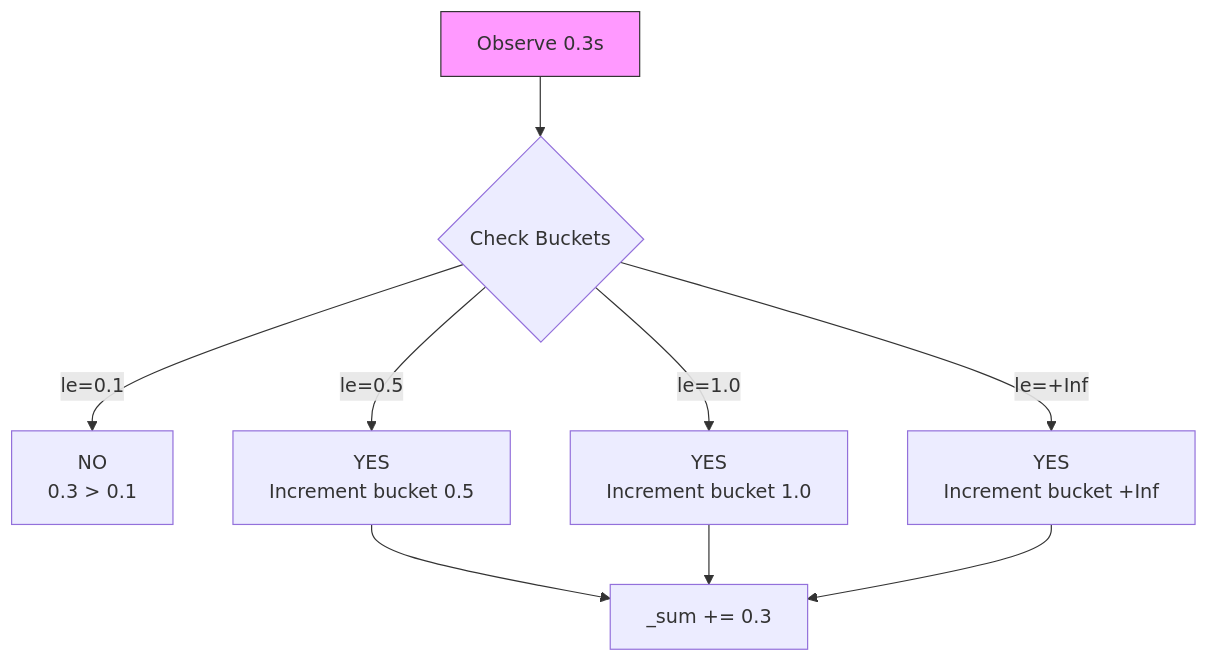
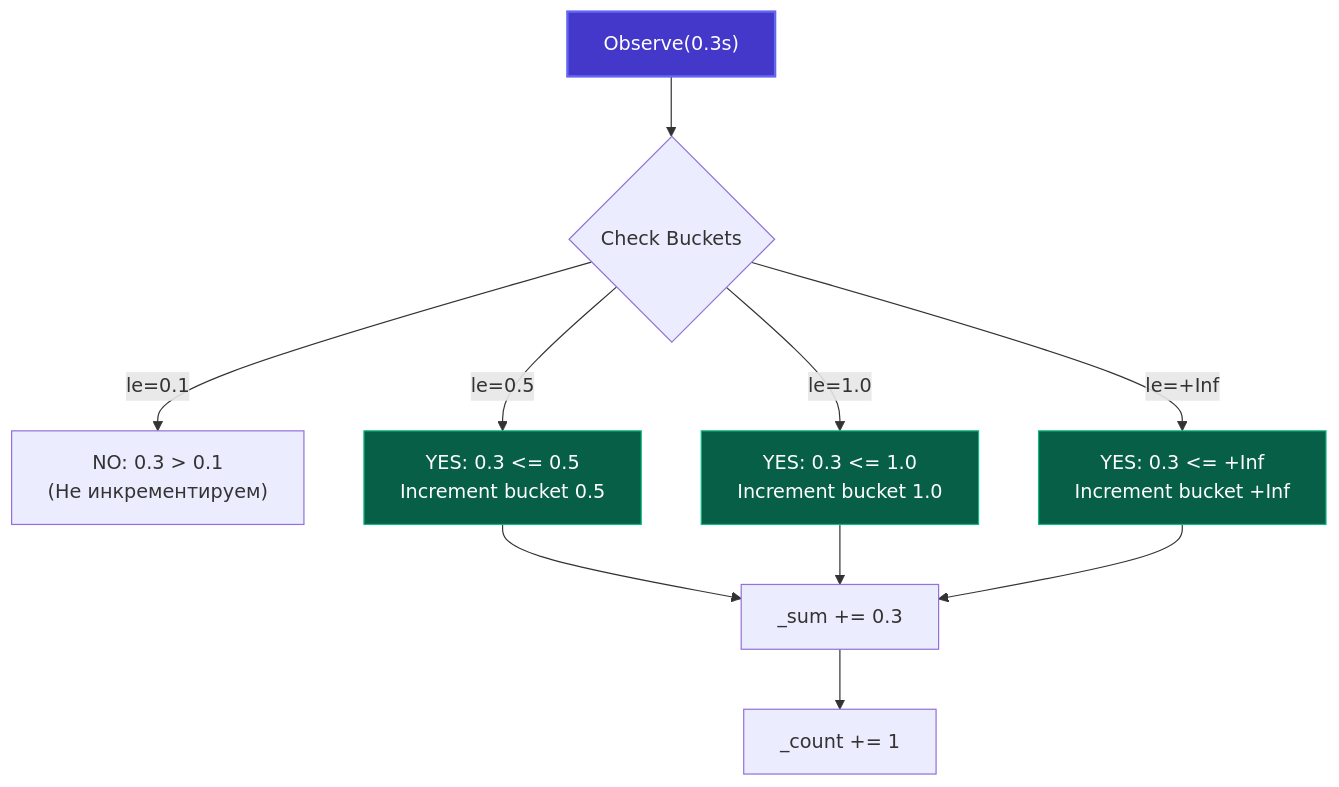
The diagram in sources/18. Observability (Мониторинг и наблюдаемость)/02. Метрики/1. Типы метрик. Counter, Gauge, Histogram.md (UnrealTemplier/go-textbook), drawn with Mermaid before and after one commit. The commit also changed other lines of this file, not shown here.

````diff
--- a/sources/18. Observability (Мониторинг и наблюдаемость)/02. Метрики/1. Типы метрик. Counter, Gauge, Histogram.md
+++ b/sources/18. Observability (Мониторинг и наблюдаемость)/02. Метрики/1. Типы метрик. Counter, Gauge, Histogram.md
@@ -120,14 +215,18 @@
 ```mermaid
 flowchart TD
-    A["Observe 0.3s"] --> B{"Check Buckets"}
-    B -->|le=0.1| C["NO <br> 0.3 > 0.1"]
-    B -->|le=0.5| D["YES <br> Increment bucket 0.5"]
-    B -->|le=1.0| E["YES <br> Increment bucket 1.0"]
-    B -->|le=+Inf| F["YES <br> Increment bucket +Inf"]
+    A["Observe(0.3s)"] --> B{"Check Buckets"}
+    B -->|"le=0.1"| C["NO: 0.3 > 0.1 <br> (Не инкрементируем)"]
+    B -->|"le=0.5"| D["YES: 0.3 <= 0.5 <br> Increment bucket 0.5"]
+    B -->|"le=1.0"| E["YES: 0.3 <= 1.0 <br> Increment bucket 1.0"]
+    B -->|"le=+Inf"| F["YES: 0.3 <= +Inf <br> Increment bucket +Inf"]
     
     D --> G["_sum += 0.3"]
     E --> G
     F --> G
+    G --> H["_count += 1"]
     
-    style A fill:#f9f,stroke:#333
+    style A fill:#4338ca,stroke:#6366f1,stroke-width:2px,color:#fff
+    style D fill:#065f46,stroke:#10b981,color:#fff
+    style E fill:#065f46,stroke:#10b981,color:#fff
+    style F fill:#065f46,stroke:#10b981,color:#fff
 ```
````
